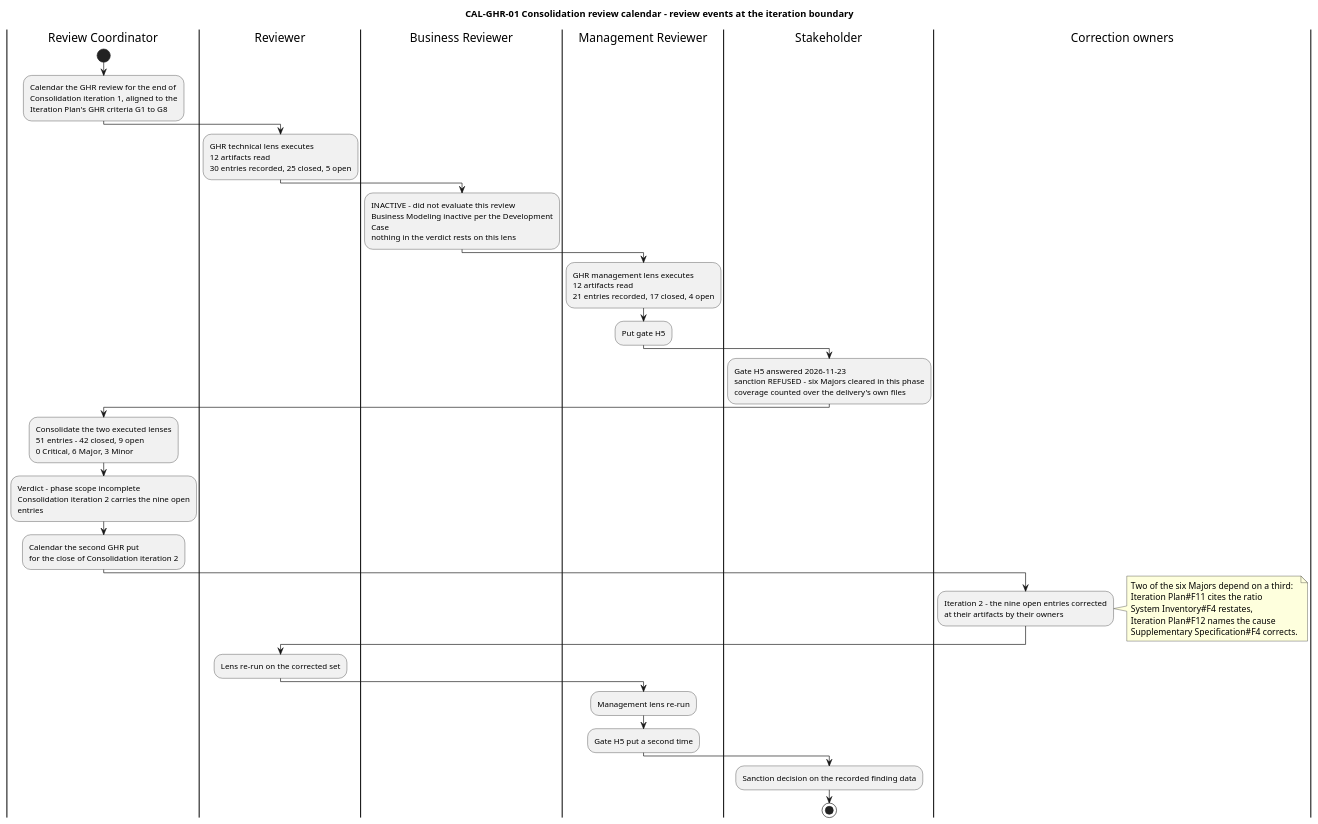
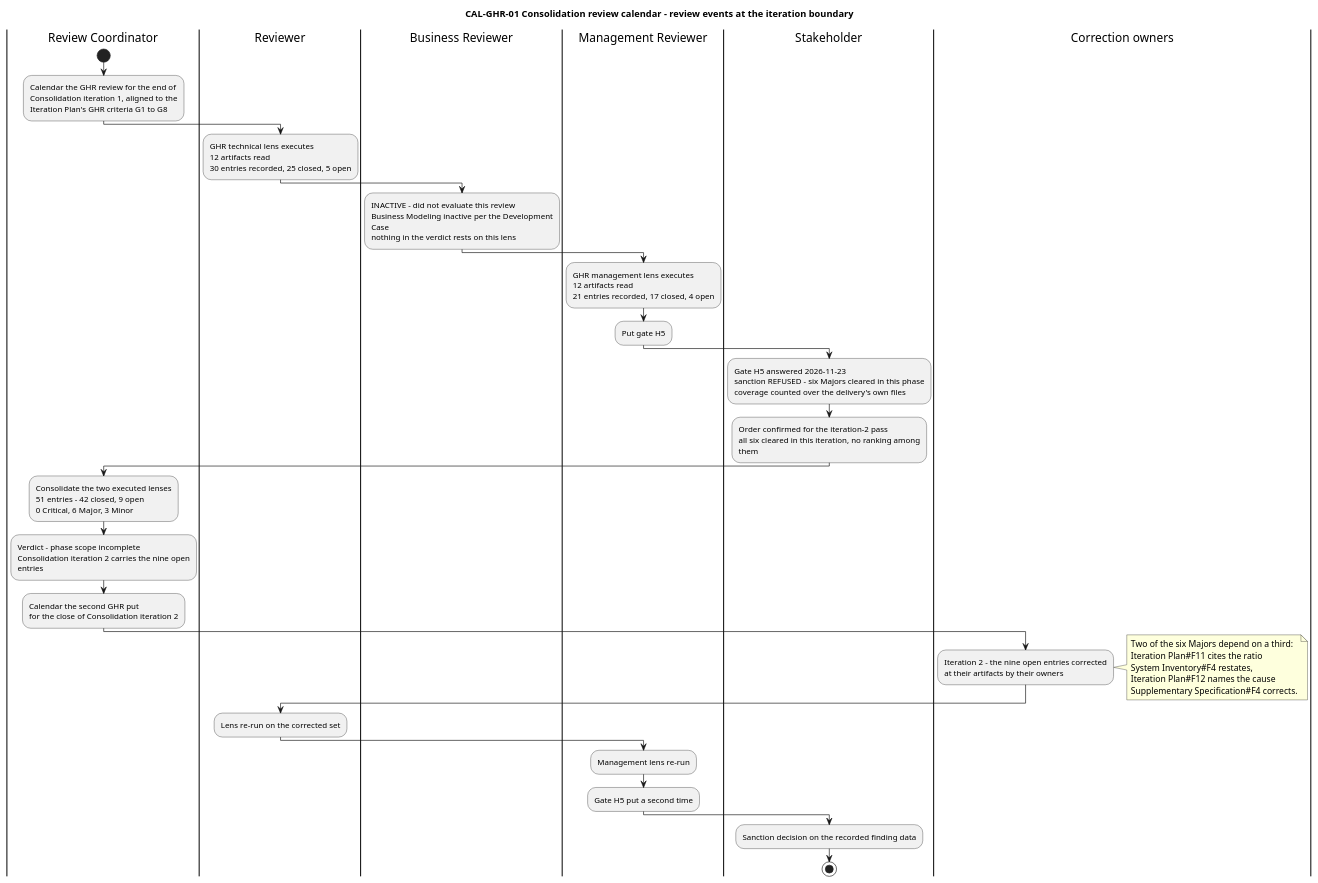
The ninth of 13 diagrams in docs/artifacts/project-management/review-record.md (banense-test/TodoApp), drawn with PlantUML before and after one commit. The commit also changed other lines of this file, not shown here.

````diff
--- a/docs/artifacts/project-management/review-record.md
+++ b/docs/artifacts/project-management/review-record.md
@@ -887,67 +893,69 @@
 ```plantuml
 @startuml
 title CAL-GHR-01 Consolidation review calendar - review events at the iteration boundary
 skinparam shadowing false
 skinparam wrapWidth 300
 
 |Review Coordinator|
 start
 :Calendar the GHR review for the end of
 Consolidation iteration 1, aligned to the
 Iteration Plan's GHR criteria G1 to G8;
 
 |Reviewer|
 :GHR technical lens executes
 12 artifacts read
 30 entries recorded, 25 closed, 5 open;
 
 |Business Reviewer|
 :INACTIVE - did not evaluate this review
 Business Modeling inactive per the Development Case
 nothing in the verdict rests on this lens;
 
 |Management Reviewer|
 :GHR management lens executes
 12 artifacts read
 21 entries recorded, 17 closed, 4 open;
 :Put gate H5;
 
 |Stakeholder|
 :Gate H5 answered 2026-11-23
 sanction REFUSED - six Majors cleared in this phase
 coverage counted over the delivery's own files;
+:Order confirmed for the iteration-2 pass
+all six cleared in this iteration, no ranking among them;
 
 |Review Coordinator|
 :Consolidate the two executed lenses
 51 entries - 42 closed, 9 open
 0 Critical, 6 Major, 3 Minor;
 :Verdict - phase scope incomplete
 Consolidation iteration 2 carries the nine open entries;
 :Calendar the second GHR put
 for the close of Consolidation iteration 2;
 
 |Correction owners|
 :Iteration 2 - the nine open entries corrected
 at their artifacts by their owners;
 
 note right
   Two of the six Majors depend on a third:
   Iteration Plan#F11 cites the ratio
   System Inventory#F4 restates,
   Iteration Plan#F12 names the cause
   Supplementary Specification#F4 corrects.
 end note
 
 |Reviewer|
 :Lens re-run on the corrected set;
 
 |Management Reviewer|
 :Management lens re-run;
 :Gate H5 put a second time;
 
 |Stakeholder|
 :Sanction decision on the recorded finding data;
 
 stop
 @enduml
 ```
````
